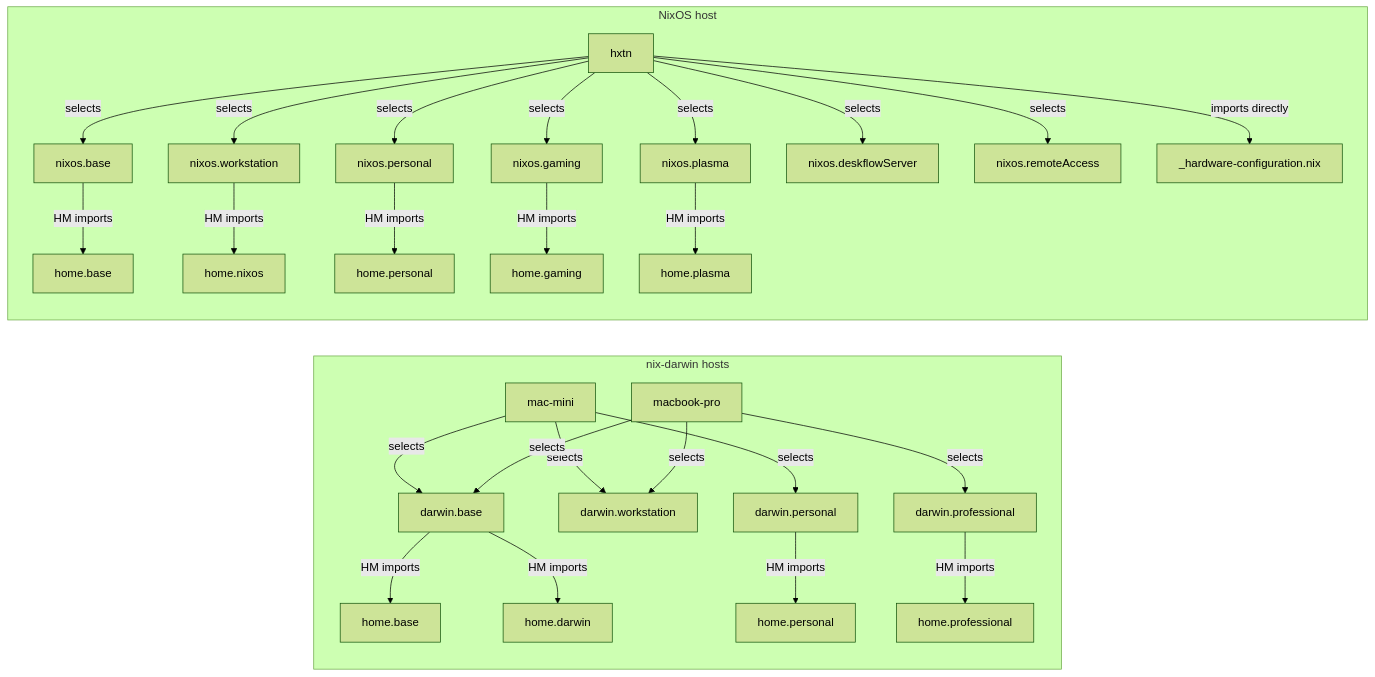
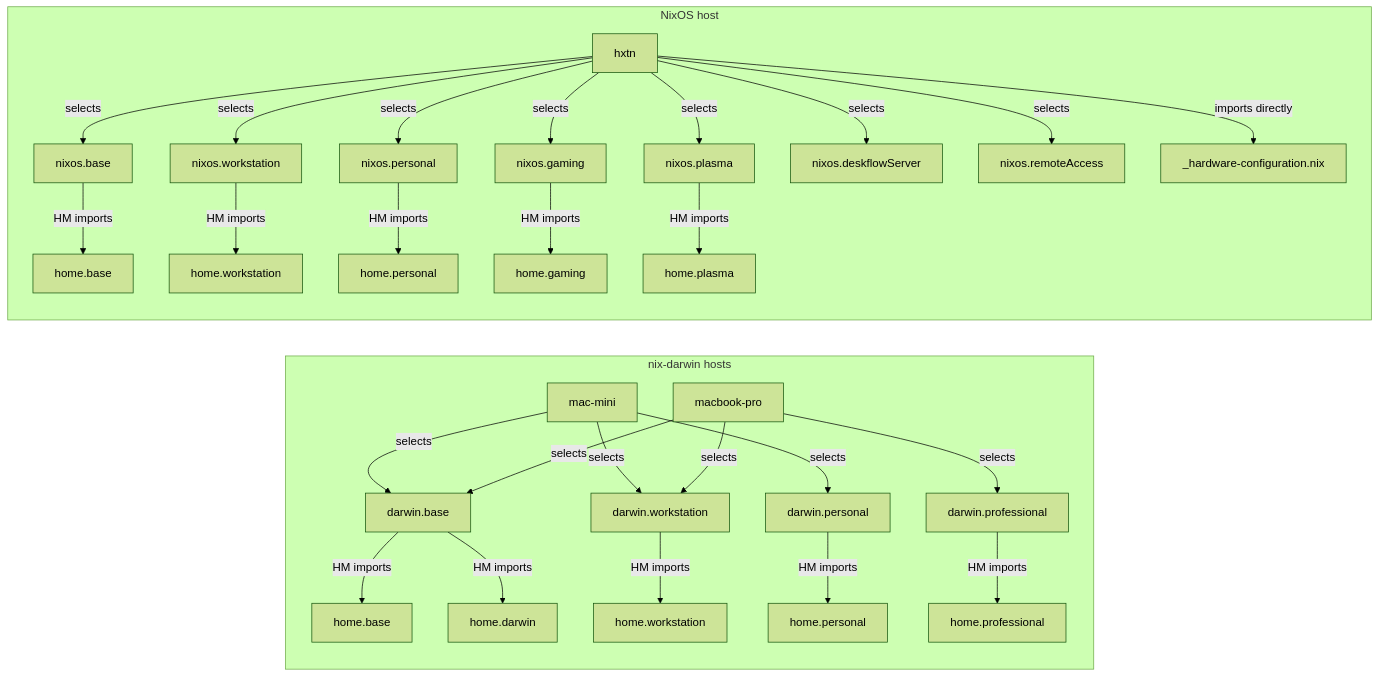
Before and after one commit to thomashexton/nixfiles: the second of 2 diagrams in docs/module-loading.md, drawn with Mermaid (forest theme). The commit also changed other lines of this file and 9 other files, not shown here.

````diff
--- a/docs/module-loading.md
+++ b/docs/module-loading.md
@@ -62,38 +62,39 @@
 ```mermaid
 flowchart LR
     subgraph Darwin["nix-darwin hosts"]
         Mini["mac-mini"]
         MBP["macbook-pro"]
 
         Mini -->|"selects"| DB["darwin.base"]
         Mini -->|"selects"| DW["darwin.workstation"]
         Mini -->|"selects"| DP["darwin.personal"]
 
         MBP -->|"selects"| DB
         MBP -->|"selects"| DW
         MBP -->|"selects"| DPro["darwin.professional"]
 
         DB -->|"HM imports"| HB["home.base"]
         DB -->|"HM imports"| HD["home.darwin"]
+        DW -->|"HM imports"| HWd["home.workstation"]
         DP -->|"HM imports"| HP["home.personal"]
         DPro -->|"HM imports"| HPro["home.professional"]
     end
 
     subgraph NixOS["NixOS host"]
         Hxtn["hxtn"]
         Hxtn -->|"selects"| NB["nixos.base"]
         Hxtn -->|"selects"| NW["nixos.workstation"]
         Hxtn -->|"selects"| NP["nixos.personal"]
         Hxtn -->|"selects"| NG["nixos.gaming"]
         Hxtn -->|"selects"| NPlasma["nixos.plasma"]
         Hxtn -->|"selects"| ND["nixos.deskflowServer"]
         Hxtn -->|"selects"| NR["nixos.remoteAccess"]
         Hxtn -->|"imports directly"| HW["_hardware-configuration.nix"]
 
         NB -->|"HM imports"| HB2["home.base"]
-        NW -->|"HM imports"| HN["home.nixos"]
+        NW -->|"HM imports"| HWn["home.workstation"]
         NP -->|"HM imports"| HP2["home.personal"]
         NG -->|"HM imports"| HG["home.gaming"]
         NPlasma -->|"HM imports"| HPlasma["home.plasma"]
     end
 ```
````
